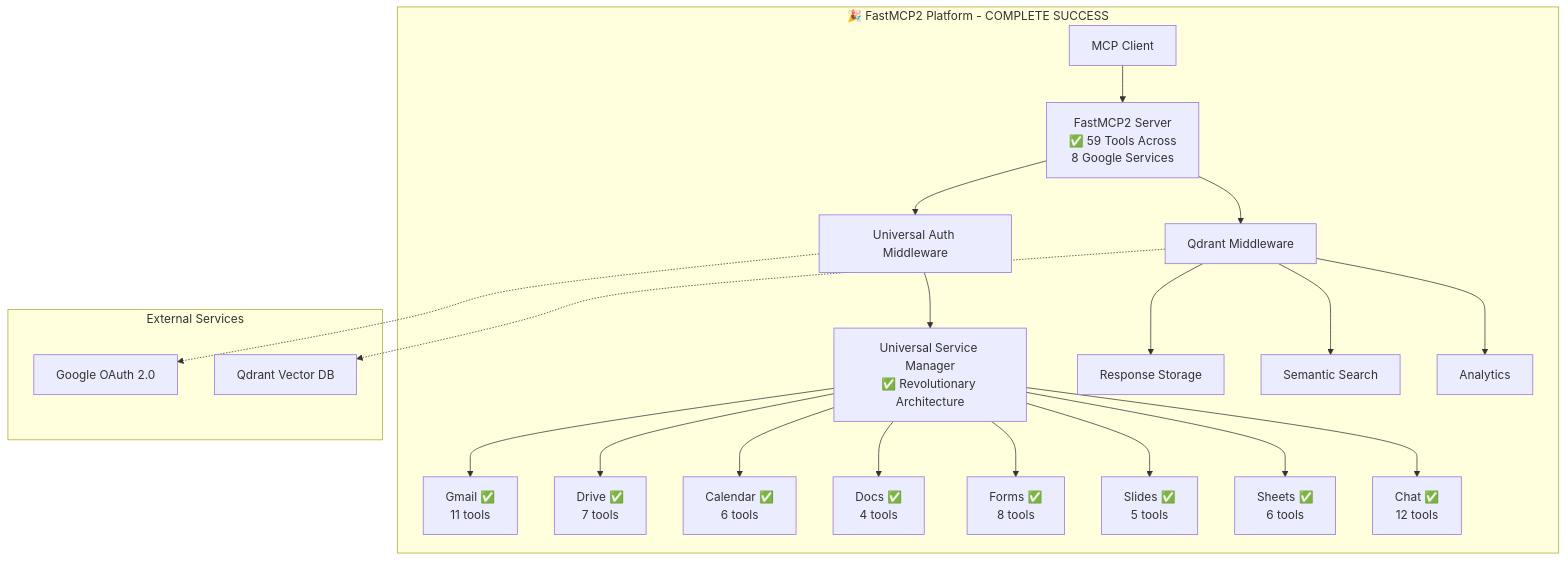
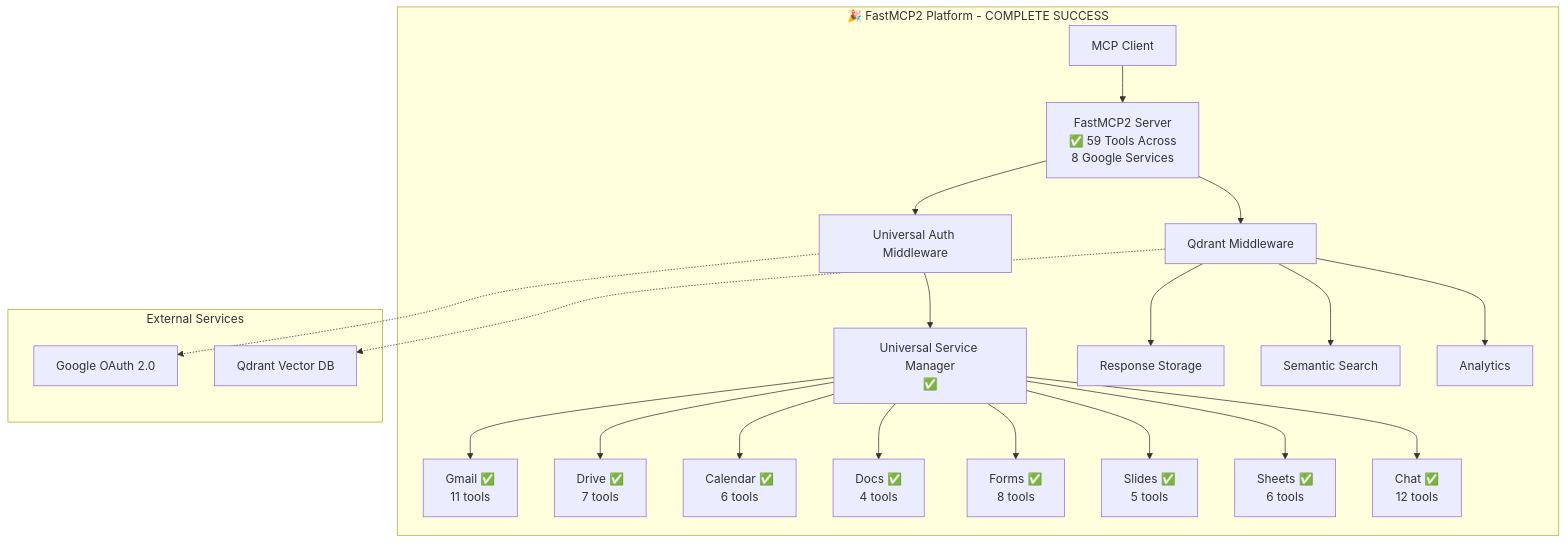
Before and after one commit to dipseth/google_workspace_fastmcp2: the first of 5 diagrams in README.md, drawn with Mermaid. The commit also changed other lines of this file, not shown here.

````diff
--- a/README.md
+++ b/README.md
@@ -14,30 +14,30 @@
 ```mermaid
 graph TB
     subgraph "🎉 FastMCP2 Platform - COMPLETE SUCCESS"
         A[MCP Client] --> B[FastMCP2 Server<br/>✅ 59 Tools Across<br/>8 Google Services]
         B --> C[Universal Auth Middleware]
         B --> D[Qdrant Middleware]
         
-        C --> E[Universal Service Manager<br/>✅ Revolutionary Architecture]
+        C --> E[Universal Service Manager<br/>✅  ]
         E --> F[Gmail ✅<br/>11 tools]
         E --> G[Drive ✅<br/>7 tools]
         E --> H[Calendar ✅<br/>6 tools]
         E --> I[Docs ✅<br/>4 tools]
         E --> J[Forms ✅<br/>8 tools]
         E --> K[Slides ✅<br/>5 tools]
         E --> L[Sheets ✅<br/>6 tools]
         E --> M[Chat ✅<br/>12 tools]
         
         D --> N[Response Storage]
         D --> O[Semantic Search]
         D --> P[Analytics]
     end
     
     subgraph "External Services"
         Q[Google OAuth 2.0]
         R[Qdrant Vector DB]
     end
     
     C -.-> Q
     D -.-> R
 ```
````
